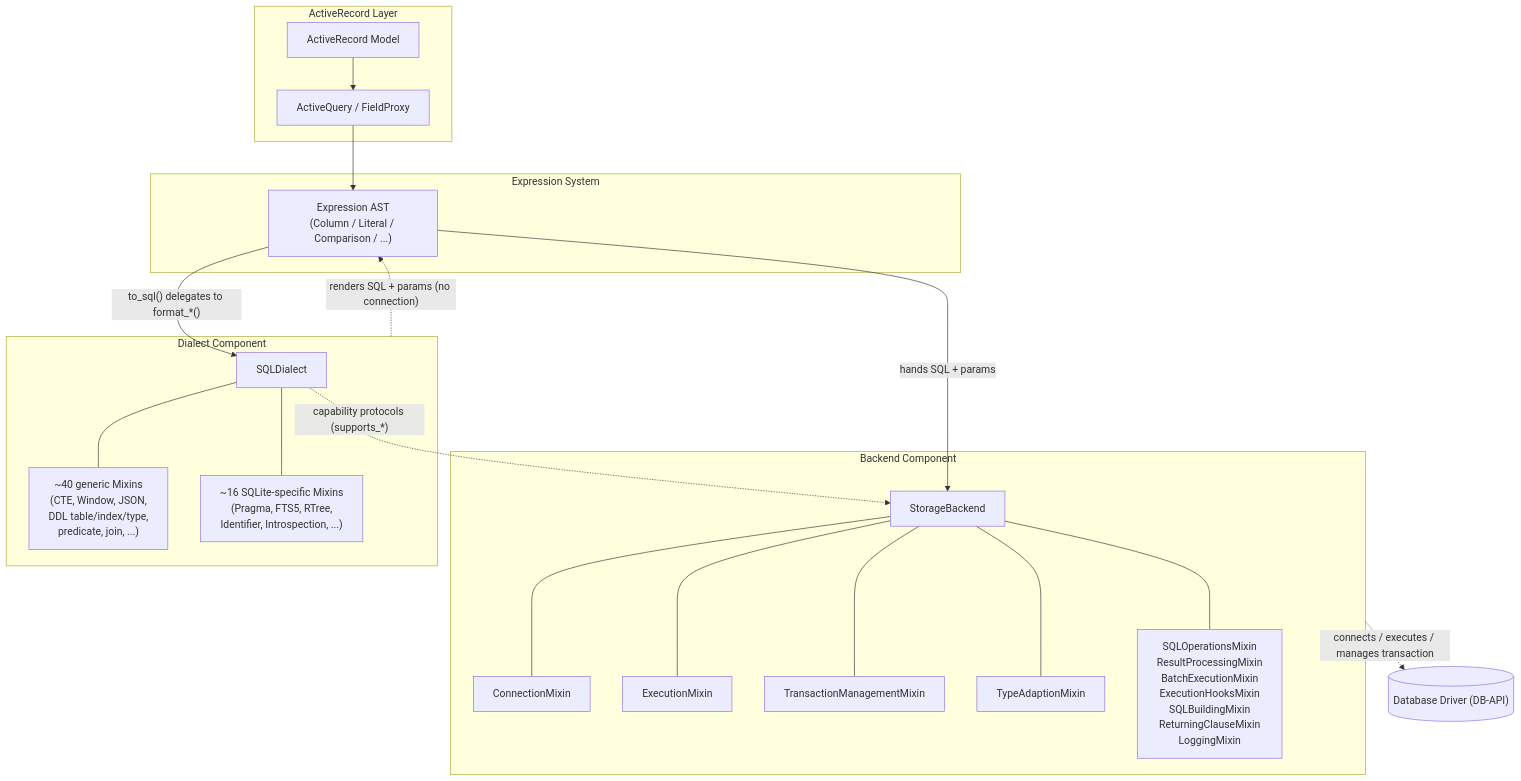
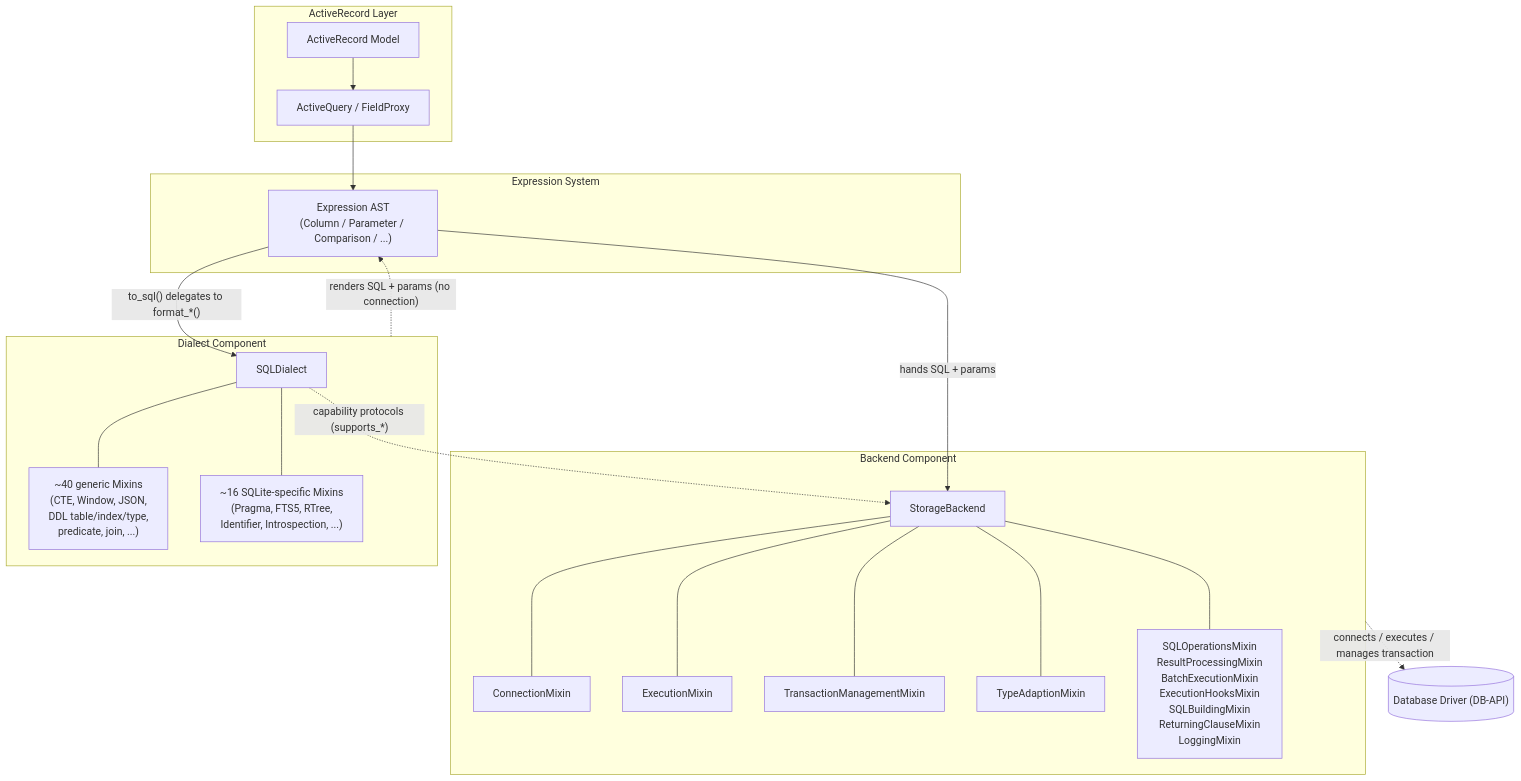
One commit to rhosocial/python-activerecord changed the first of 4 diagrams in docs/en_US/backend/architecture.md. Above: the diagram before and after it, drawn with Mermaid. The commit also changed other lines of this file and 292 other files, not shown here.

````diff
--- a/docs/en_US/backend/architecture.md
+++ b/docs/en_US/backend/architecture.md
@@ -18,34 +18,34 @@
 ```mermaid
 flowchart TB
     subgraph AR["ActiveRecord Layer"]
         Model["ActiveRecord Model"]
         Query["ActiveQuery / FieldProxy"]
     end
 
     subgraph BE["Backend Component"]
         B["StorageBackend"]
         B --- BC["ConnectionMixin"]
         B --- BE1["ExecutionMixin"]
         B --- BT["TransactionManagementMixin"]
         B --- BA["TypeAdaptionMixin"]
         B --- BO["SQLOperationsMixin<br/>ResultProcessingMixin<br/>BatchExecutionMixin<br/>ExecutionHooksMixin<br/>SQLBuildingMixin<br/>ReturningClauseMixin<br/>LoggingMixin"]
     end
 
     subgraph DI["Dialect Component"]
         D["SQLDialect"]
         D --- DM["~40 generic Mixins<br/>(CTE, Window, JSON,<br/>DDL table/index/type,<br/>predicate, join, ...)"]
         D --- DS["~16 SQLite-specific Mixins<br/>(Pragma, FTS5, RTree,<br/>Identifier, Introspection, ...)"]
     end
 
     subgraph EX["Expression System"]
-        E["Expression AST<br/>(Column / Literal / Comparison / ...)"]
+        E["Expression AST<br/>(Column / Parameter / Comparison / ...)"]
     end
 
     Model --> Query
     Query --> E
     E -->|"to_sql() delegates to format_*()"| D
     DI -.->|"renders SQL + params (no connection)"| E
     E -->|"hands SQL + params"| B
     BE -.->|"connects / executes / manages transaction"| DB[("Database Driver (DB-API)")]
     D -.->|"capability protocols (supports_*)"| B
 ```
````
